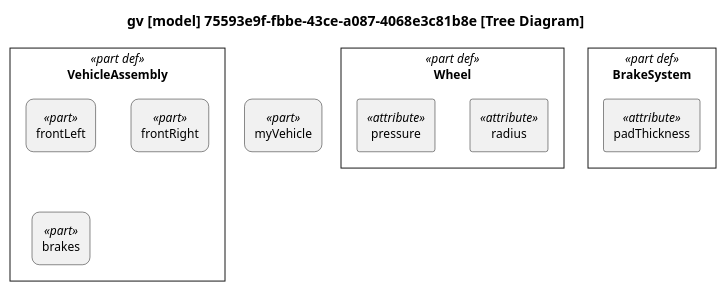
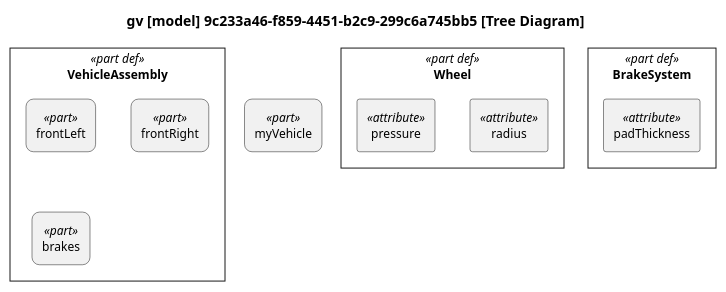
One commit to mycr0ft/sysml2py changed the diagram in docs/plantuml-examples/12-tree-diagram.puml. Above: the diagram before and after it, drawn with PlantUML. The commit also changed 32 other files, not shown here.

First line of the commit message:
boxes afv: control nodes with true decision diamonds (diagramboxes 0.5.0)

```diff
--- a/docs/plantuml-examples/12-tree-diagram.puml
+++ b/docs/plantuml-examples/12-tree-diagram.puml
@@ -1,53 +1,53 @@
 @startuml
 
 skinparam monochrome true
 skinparam wrapWidth 300
 skinparam defaultFontSize 12
 skinparam defaultFontName Helvetica
 
 skinparam rectangle<<part def>> {
     RoundCorner 0
 }
 skinparam rectangle<<part>> {
     RoundCorner 15
 }
 skinparam rectangle<<item def>> {
     RoundCorner 0
 }
 skinparam rectangle<<item>> {
     RoundCorner 15
 }
 skinparam rectangle<<action def>> {
     RoundCorner 0
 }
 skinparam rectangle<<action>> {
     RoundCorner 15
 }
 skinparam rectangle<<view def>> {
     RoundCorner 0
 }
 skinparam rectangle<<view>> {
     RoundCorner 15
 }
 
 top to bottom direction
 
-title gv [model] 75593e9f-fbbe-43ce-a087-4068e3c81b8e [Tree Diagram]
+title gv [model] 9c233a46-f859-4451-b2c9-299c6a745bb5 [Tree Diagram]
 
 hide circle
 
 rectangle "Wheel" as E1 <<part def>> {
     rectangle "radius" as E2 <<attribute>>
     rectangle "pressure" as E3 <<attribute>>
 }
 rectangle "BrakeSystem" as E4 <<part def>> {
     rectangle "padThickness" as E5 <<attribute>>
 }
 rectangle "VehicleAssembly" as E6 <<part def>> {
     rectangle "frontLeft" as E7 <<part>>
     rectangle "frontRight" as E8 <<part>>
     rectangle "brakes" as E9 <<part>>
 }
 rectangle "myVehicle" as E10 <<part>>
 
 @enduml
```
